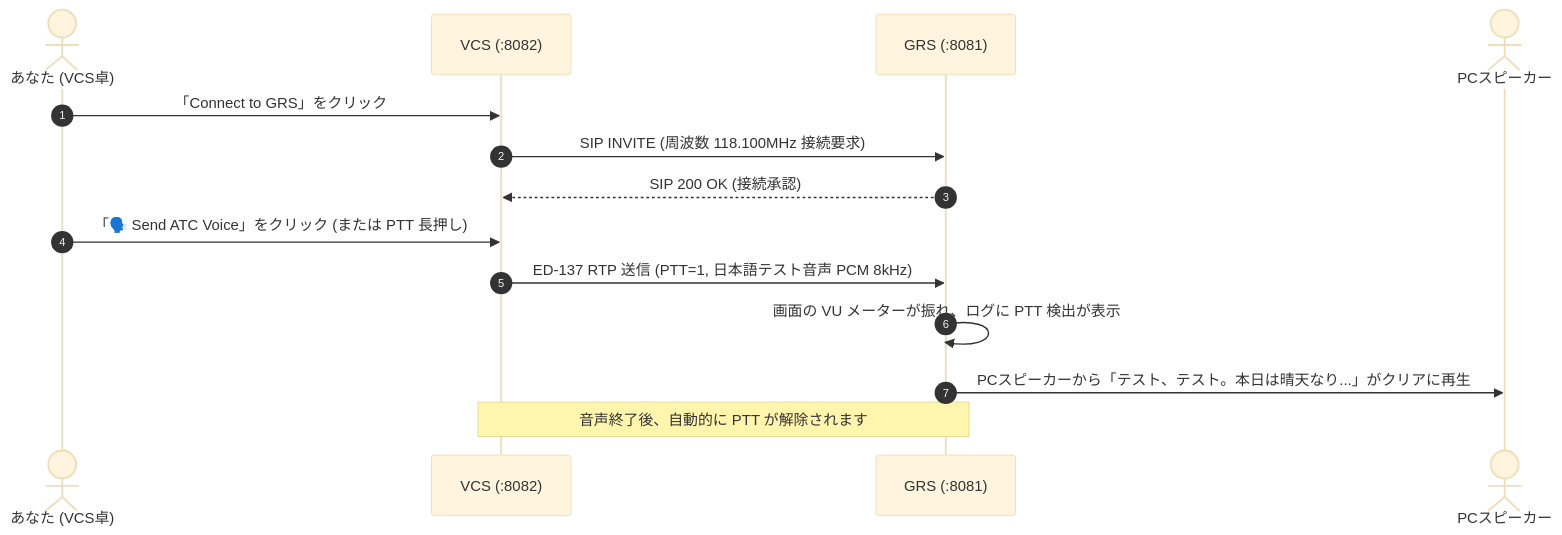
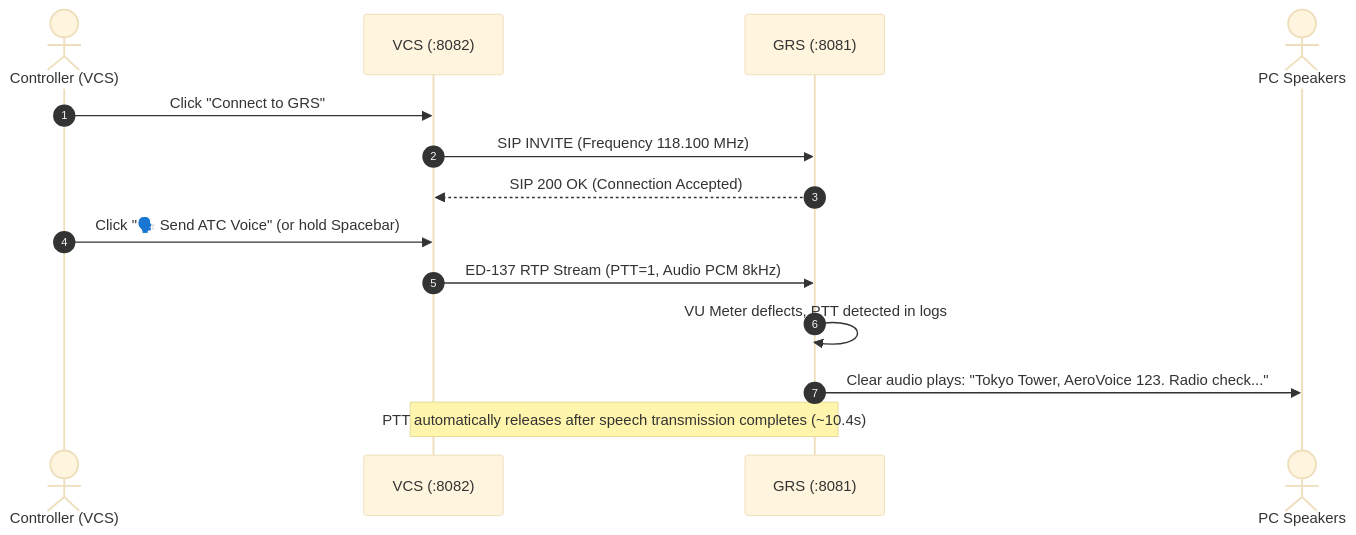
One commit to sh0jitmy/aerovoice changed the third of 3 diagrams in docs/manual.md. Above: the diagram before and after it, drawn with Mermaid (base theme). The commit also changed other lines of this file and 33 other files, not shown here.

````diff
--- a/docs/manual.md
+++ b/docs/manual.md
@@ -211,18 +131,18 @@
 ```mermaid
 sequenceDiagram
     autonumber
-    actor User as あなた (VCS卓)
+    actor Controller as Controller (VCS)
     participant VCS as VCS (:8082)
     participant GRS as GRS (:8081)
-    actor Speaker as PCスピーカー
+    actor Speaker as PC Speakers
 
-    User->>VCS: 「Connect to GRS」をクリック
-    VCS->>GRS: SIP INVITE (周波数 118.100MHz 接続要求)
-    GRS-->>VCS: SIP 200 OK (接続承認)
+    Controller->>VCS: Click "Connect to GRS"
+    VCS->>GRS: SIP INVITE (Frequency 118.100 MHz)
+    GRS-->>VCS: SIP 200 OK (Connection Accepted)
 
-    User->>VCS: 「🗣️ Send ATC Voice」をクリック (または PTT 長押し)
-    VCS->>GRS: ED-137 RTP 送信 (PTT=1, 日本語テスト音声 PCM 8kHz)
-    GRS->>GRS: 画面の VU メーターが振れ、ログに PTT 検出が表示
-    GRS->>Speaker: PCスピーカーから「テスト、テスト。本日は晴天なり...」がクリアに再生
-    Note over VCS,GRS: 音声終了後、自動的に PTT が解除されます
+    Controller->>VCS: Click "🗣️ Send ATC Voice" (or hold Spacebar)
+    VCS->>GRS: ED-137 RTP Stream (PTT=1, Audio PCM 8kHz)
+    GRS->>GRS: VU Meter deflects, PTT detected in logs
+    GRS->>Speaker: Clear audio plays: "Tokyo Tower, AeroVoice 123. Radio check..."
+    Note over VCS,GRS: PTT automatically releases after speech transmission completes (~10.4s)
 ```
````
